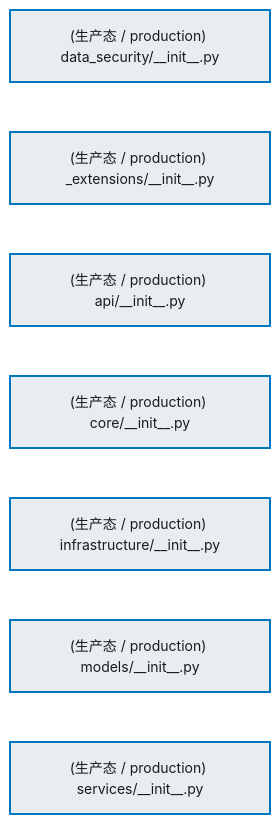
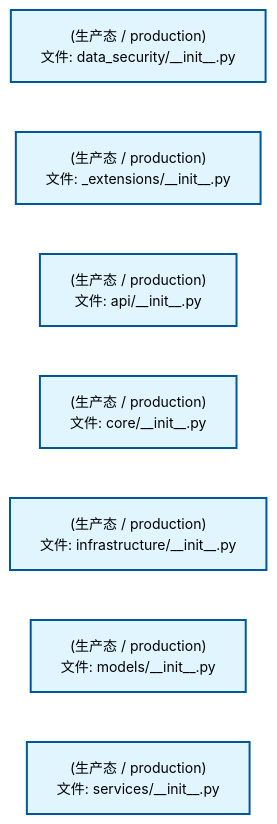
One commit to xuanFelixVan/ZephyrAlpha changed the second of 2 diagrams in docs/02_enterprise_architecture/02_domain_architecture_docs/14_d_data_sec.md. Above: the diagram before and after it, drawn with Mermaid. The commit also changed other lines of this file and 75 other files, not shown here.

````diff
--- a/docs/02_enterprise_architecture/02_domain_architecture_docs/14_d_data_sec.md
+++ b/docs/02_enterprise_architecture/02_domain_architecture_docs/14_d_data_sec.md
@@ -96,22 +96,22 @@
 ```mermaid
 %%{init: {'theme': 'base', 'themeVariables': {'primaryColor': '#eaeaea', 'primaryTextColor': '#333333', 'primaryBorderColor': '#666666', 'lineColor': '#666666', 'secondaryColor': '#eaeaea', 'tertiaryColor': '#eaeaea', 'fontSize': '14px'}}}%%
 flowchart TD
-    src_zephyr_data_security_init_py["(生产态 / production) data_security/__init__.py"]
-    src_zephyr_data_security_extensions_init_py["(生产态 / production) _extensions/__init__.py"]
-    src_zephyr_data_security_api_init_py["(生产态 / production) api/__init__.py"]
-    src_zephyr_data_security_core_init_py["(生产态 / production) core/__init__.py"]
-    src_zephyr_data_security_infrastructure_init_py["(生产态 / production) infrastructure/__init__.py"]
-    src_zephyr_data_security_models_init_py["(生产态 / production) models/__init__.py"]
-    src_zephyr_data_security_services_init_py["(生产态 / production) services/__init__.py"]
+    src_zephyr_data_security_init_py["(生产态 / production)<br/>文件: data_security/__init__.py"]
+    src_zephyr_data_security_extensions_init_py["(生产态 / production)<br/>文件: _extensions/__init__.py"]
+    src_zephyr_data_security_api_init_py["(生产态 / production)<br/>文件: api/__init__.py"]
+    src_zephyr_data_security_core_init_py["(生产态 / production)<br/>文件: core/__init__.py"]
+    src_zephyr_data_security_infrastructure_init_py["(生产态 / production)<br/>文件: infrastructure/__init__.py"]
+    src_zephyr_data_security_models_init_py["(生产态 / production)<br/>文件: models/__init__.py"]
+    src_zephyr_data_security_services_init_py["(生产态 / production)<br/>文件: services/__init__.py"]
     src_zephyr_data_security_init_py ~~~ src_zephyr_data_security_extensions_init_py
     src_zephyr_data_security_extensions_init_py ~~~ src_zephyr_data_security_api_init_py
     src_zephyr_data_security_api_init_py ~~~ src_zephyr_data_security_core_init_py
     src_zephyr_data_security_core_init_py ~~~ src_zephyr_data_security_infrastructure_init_py
     src_zephyr_data_security_infrastructure_init_py ~~~ src_zephyr_data_security_models_init_py
     src_zephyr_data_security_models_init_py ~~~ src_zephyr_data_security_services_init_py
-    classDef production fill:#e8edf2,stroke:#0277bd,stroke-width:2px,color:#1a1a1a
-    classDef design fill:#f0ebe3,stroke:#bf360c,stroke-width:2px,color:#1a1a1a,stroke-dasharray: 5 5
-    classDef external_prod fill:#e8efe9,stroke:#1b5e20,stroke-width:1px,color:#1a1a1a
-    classDef external_design fill:#efe5ea,stroke:#880e4f,stroke-width:1px,color:#1a1a1a,stroke-dasharray: 5 5
+    classDef production fill:#e1f5fe,stroke:#01579b,stroke-width:2px,color:#000
+    classDef design fill:#fff3e0,stroke:#e65100,stroke-width:2px,color:#000,stroke-dasharray: 5 5
+    classDef external_prod fill:#e8f4fd,stroke:#0277bd,stroke-width:1px,color:#000
+    classDef external_design fill:#fff8e7,stroke:#ef6c00,stroke-width:1px,color:#000,stroke-dasharray: 5 5
     class src_zephyr_data_security_init_py,src_zephyr_data_security_extensions_init_py,src_zephyr_data_security_api_init_py,src_zephyr_data_security_core_init_py,src_zephyr_data_security_infrastructure_init_py,src_zephyr_data_security_models_init_py,src_zephyr_data_security_services_init_py production
 ```
````
